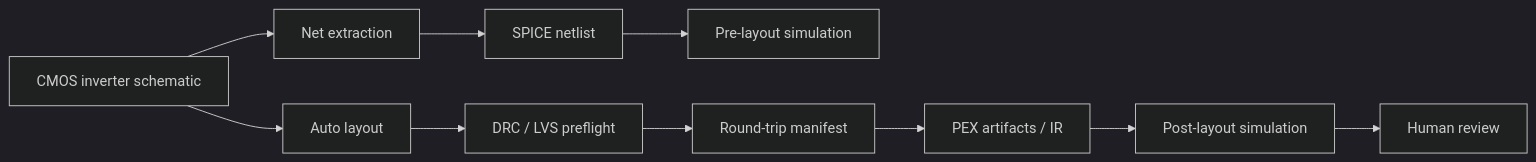
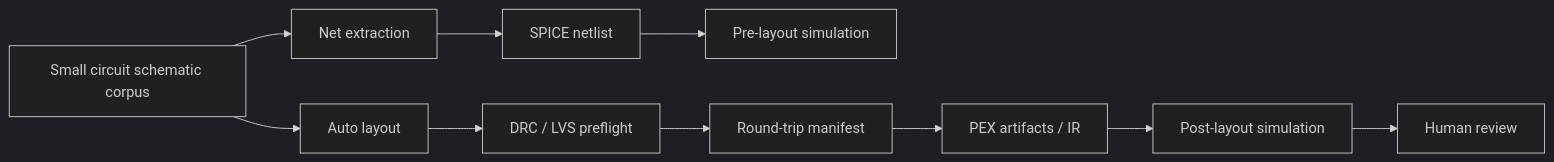
Before and after one commit to 1amageek/circuit-studio: the diagram in docs/flow-verification-log.md, drawn with Mermaid (dark theme). The commit also changed other lines of this file and 5 other files, not shown here.

````diff
--- a/docs/flow-verification-log.md
+++ b/docs/flow-verification-log.md
@@ -7,16 +7,16 @@
 ```mermaid
 flowchart LR
-  Circuit["CMOS inverter schematic"]
+  Circuit["Small circuit schematic corpus"]
   Net["Net extraction"]
   Netlist["SPICE netlist"]
   Pre["Pre-layout simulation"]
   Layout["Auto layout"]
   Verify["DRC / LVS preflight"]
   Manifest["Round-trip manifest"]
   PEX["PEX artifacts / IR"]
   Post["Post-layout simulation"]
   Review["Human review"]
 
   Circuit --> Net --> Netlist --> Pre
   Circuit --> Layout --> Verify --> Manifest --> PEX --> Post --> Review
 ```
````
